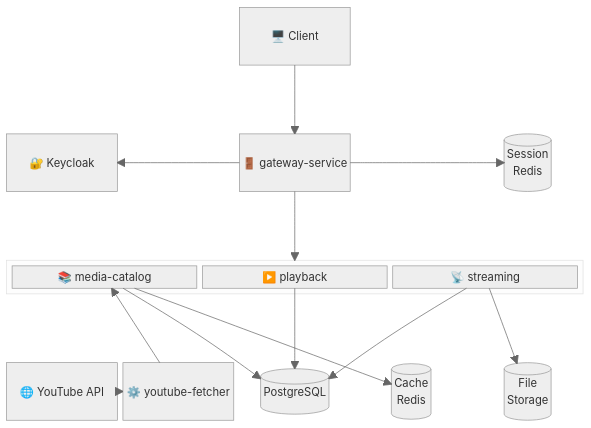
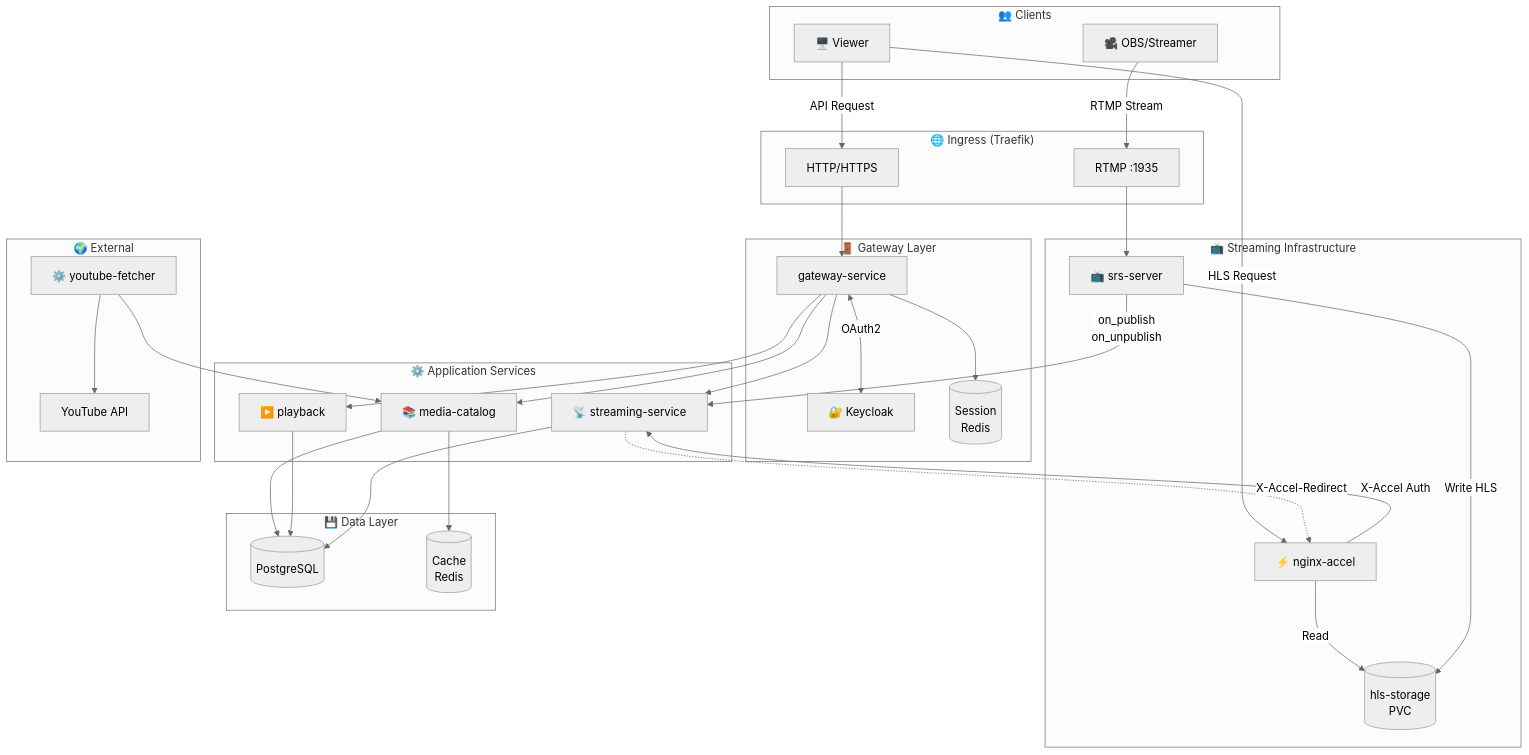
One commit to sglee487/loopin-server changed the diagram in README.md. Above: the diagram before and after it, drawn with Mermaid (neutral theme). The commit also changed other lines of this file, not shown here.

Commit message:
docs: redraw structure

````diff
--- a/README.md
+++ b/README.md
@@ -9,35 +9,73 @@
 ```mermaid
-block-beta
-  columns 5
-
-  space:2 C["🖥️ Client"]:1 space:2
-
-  space:5
-
-  KC["🔐 Keycloak"]:1 space G["🚪 gateway-service"]:1 space GR[("Session\nRedis")]:1
-
-  space:5
-
-  block:services:5
-    columns 3
-    MC["📚 media-catalog"]:1
-    PB["▶️ playback"]:1
-    ST["📡 streaming"]:1
+flowchart TB
+  subgraph Clients["👥 Clients"]
+    C["🖥️ Viewer"]
+    OBS["🎥 OBS/Streamer"]
   end
 
-  space:5
+  subgraph Ingress["🌐 Ingress (Traefik)"]
+    ING_HTTP["HTTP/HTTPS"]
+    ING_RTMP["RTMP :1935"]
+  end
 
-  YT["🌐 YouTube API"]:1 YF["⚙️ youtube-fetcher"]:1 PG[("PostgreSQL")]:1 RD[("Cache\nRedis")]:1 FS[("File\nStorage")]:1
+  subgraph Gateway["🚪 Gateway Layer"]
+    G["gateway-service"]
+    KC["🔐 Keycloak"]
+    GR[("Session<br/>Redis")]
+  end
 
-  C --> G
-  G --> KC
+  subgraph Services["⚙️ Application Services"]
+    MC["📚 media-catalog"]
+    PB["▶️ playback"]
+    ST["📡 streaming-service"]
+  end
+
+  subgraph Streaming["📺 Streaming Infrastructure"]
+    NA["⚡ nginx-accel"]
+    SRS["📺 srs-server"]
+    HLS[("hls-storage<br/>PVC")]
+  end
+
+  subgraph Data["💾 Data Layer"]
+    PG[("PostgreSQL")]
+    RD[("Cache<br/>Redis")]
+  end
+
+  subgraph External["🌍 External"]
+    YT["YouTube API"]
+    YF["⚙️ youtube-fetcher"]
+  end
+
+  %% Client to Ingress
+  C -->|API Request| ING_HTTP
+  OBS -->|RTMP Stream| ING_RTMP
+
+  %% Ingress Routing
+  ING_HTTP --> G
+  ING_RTMP --> SRS
+
+  %% Gateway connections
+  G <-->|OAuth2| KC
   G --> GR
-  G --> services
+  G --> MC & PB & ST
+
+  %% Service to Data
   MC --> PG
   MC --> RD
   PB --> PG
   ST --> PG
-  ST --> FS
+
+  %% YouTube Fetcher
   YF --> MC
   YF --> YT
+
+  %% HLS Streaming Flow (nginx-accel handles HLS delivery)
+  C -->|HLS Request| NA
+  NA -->|X-Accel Auth| ST
+  ST -.->|X-Accel-Redirect| NA
+  NA -->|Read| HLS
+
+  %% SRS Flow
+  SRS -->|on_publish<br/>on_unpublish| ST
+  SRS -->|Write HLS| HLS
 ```
````
